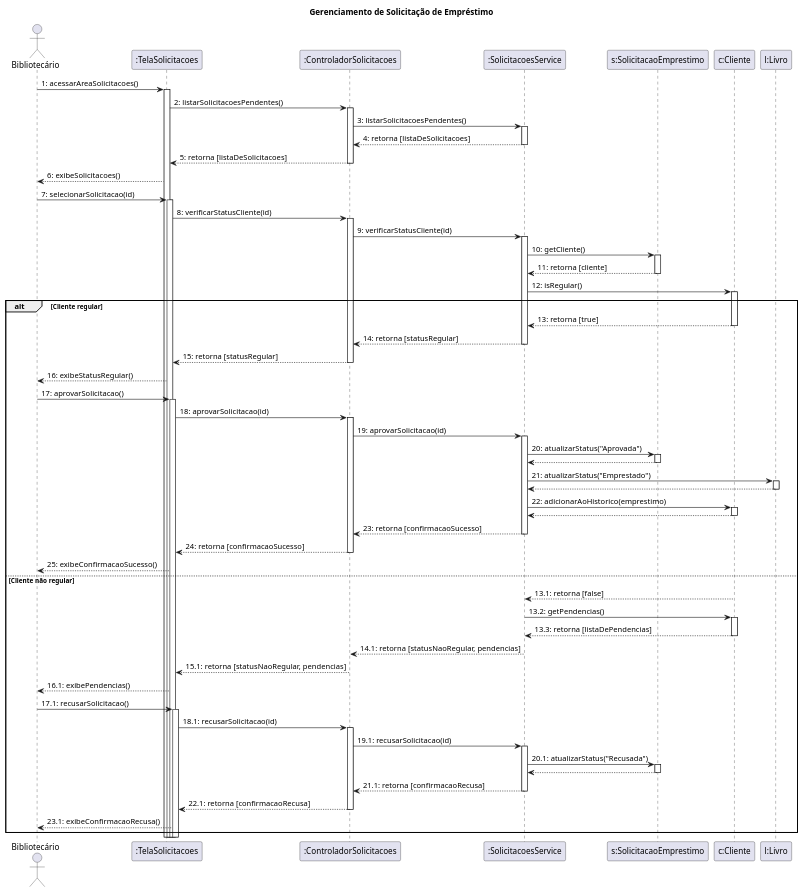
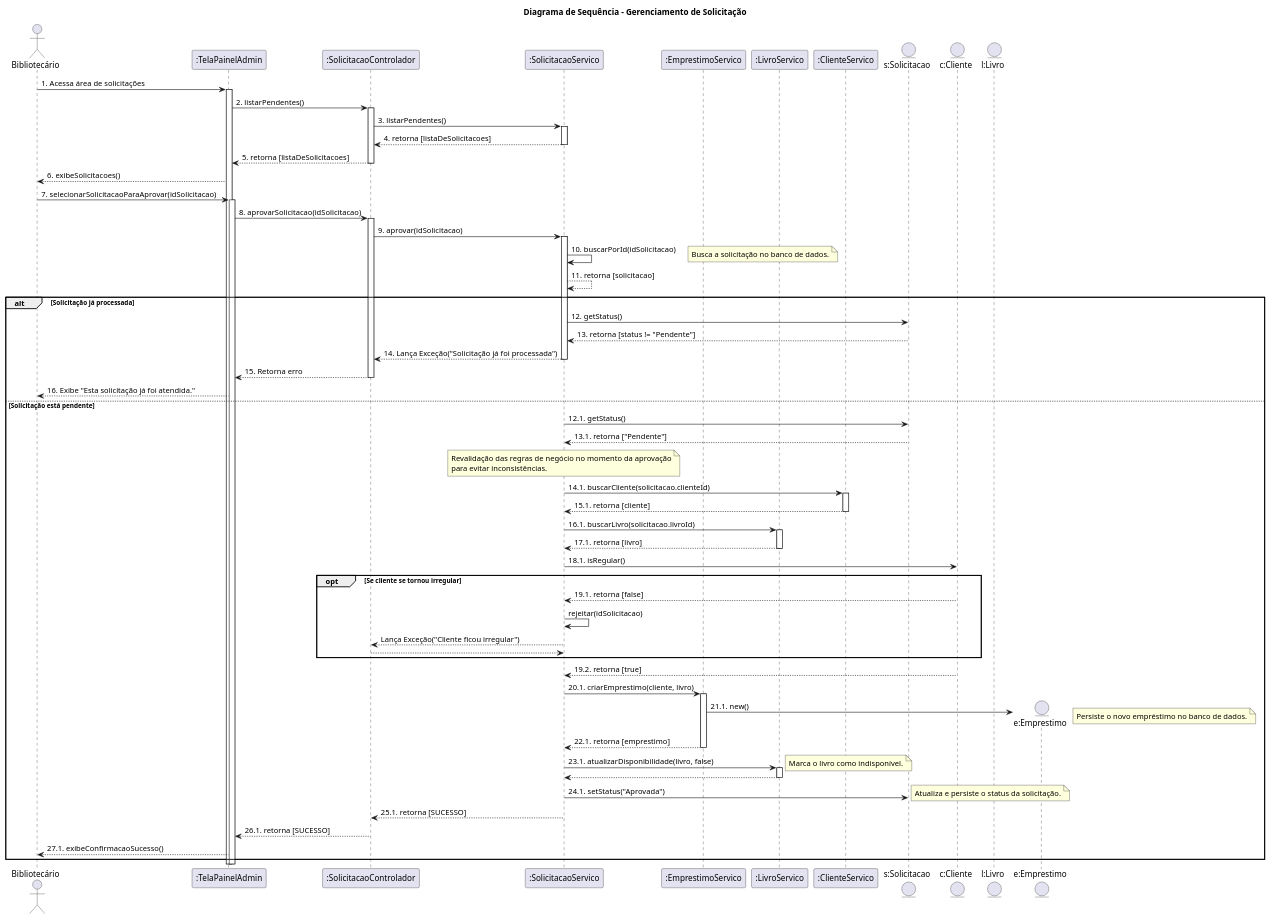
Before and after one commit to felipehidequel/aps-biblioteca: the diagram in sequencia/gerenciar_solicitacoes.iuml, drawn with PlantUML. The commit also changed 3 other files, not shown here.

Commit message:
docs: update diagrams

```diff
--- a/sequencia/gerenciar_solicitacoes.iuml
+++ b/sequencia/gerenciar_solicitacoes.iuml
@@ -1,69 +1,83 @@
 @startuml
-' Definição de título e participantes
-title Gerenciamento de Solicitação de Empréstimo
+title Diagrama de Sequência - Gerenciamento de Solicitação
 
 actor Bibliotecário
-participant ":TelaSolicitacoes" as Tela
-participant ":ControladorSolicitacoes" as Controlador
-participant ":SolicitacoesService" as Service
-participant "s:SolicitacaoEmprestimo" as Solicitacao
-participant "c:Cliente" as Cliente
-participant "l:Livro" as Livro
+participant ":TelaPainelAdmin" as Tela
+participant ":SolicitacaoControlador" as Controlador
+participant ":SolicitacaoServico" as SolicitacaoSvc
+participant ":EmprestimoServico" as EmprestimoSvc
+participant ":LivroServico" as LivroSvc
+participant ":ClienteServico" as ClienteSvc
+entity "s:Solicitacao" as SolicitacaoEnt
+entity "c:Cliente" as ClienteEnt
+entity "l:Livro" as LivroEnt
+entity "e:Emprestimo" as EmprestimoEnt
 
 ' Início da sequência
-Bibliotecário -> Tela ++ : 1: acessarAreaSolicitacoes()
-Tela -> Controlador ++ : 2: listarSolicitacoesPendentes()
-Controlador -> Service ++ : 3: listarSolicitacoesPendentes()
-Service --> Controlador -- : 4: retorna [listaDeSolicitacoes]
-Controlador --> Tela -- : 5: retorna [listaDeSolicitacoes]
-Tela --> Bibliotecário : 6: exibeSolicitacoes()
+Bibliotecário -> Tela ++ : 1. Acessa área de solicitações
+Tela -> Controlador ++ : 2. listarPendentes()
+Controlador -> SolicitacaoSvc ++ : 3. listarPendentes()
+SolicitacaoSvc --> Controlador -- : 4. retorna [listaDeSolicitacoes]
+Controlador --> Tela -- : 5. retorna [listaDeSolicitacoes]
+Tela --> Bibliotecário : 6. exibeSolicitacoes()
 
-Bibliotecário -> Tela ++ : 7: selecionarSolicitacao(id)
-Tela -> Controlador ++ : 8: verificarStatusCliente(id)
-Controlador -> Service ++ : 9: verificarStatusCliente(id)
-Service -> Solicitacao ++ : 10: getCliente()
-Solicitacao --> Service -- : 11: retorna [cliente]
-Service -> Cliente ++ : 12: isRegular()
+Bibliotecário -> Tela ++ : 7. selecionarSolicitacaoParaAprovar(idSolicitacao)
+Tela -> Controlador ++ : 8. aprovarSolicitacao(idSolicitacao)
+Controlador -> SolicitacaoSvc ++ : 9. aprovar(idSolicitacao)
 
-' Bloco de fluxo alternativo (alt/else)
-alt Cliente regular
-    Cliente --> Service -- : 13: retorna [true]
-    Service --> Controlador -- : 14: retorna [statusRegular]
-    Controlador --> Tela -- : 15: retorna [statusRegular]
-    Tela --> Bibliotecário : 16: exibeStatusRegular()
+' Passo 1: O Serviço busca a entidade principal
+SolicitacaoSvc -> SolicitacaoSvc : 10. buscarPorId(idSolicitacao)
+note right: Busca a solicitação no banco de dados.
+SolicitacaoSvc --> SolicitacaoSvc : 11. retorna [solicitacao]
+
+' Passo 2: Validações de segurança e estado
+alt Solicitação já processada
+    SolicitacaoSvc -> SolicitacaoEnt : 12. getStatus()
+    SolicitacaoEnt --> SolicitacaoSvc -- : 13. retorna [status != "Pendente"]
+    SolicitacaoSvc --> Controlador -- : 14. Lança Exceção("Solicitação já foi processada")
+    Controlador --> Tela -- : 15. Retorna erro
+    Tela --> Bibliotecário : 16. Exibe "Esta solicitação já foi atendida."
+else Solicitação está pendente
+    SolicitacaoSvc -> SolicitacaoEnt : 12.1. getStatus()
+    SolicitacaoEnt --> SolicitacaoSvc -- : 13.1. retorna ["Pendente"]
+
+    note over SolicitacaoSvc
+    Revalidação das regras de negócio no momento da aprovação
+    para evitar inconsistências.
+    end note
+
+    ' Revalidação 2.1: Busca entidades relacionadas
+    SolicitacaoSvc -> ClienteSvc ++: 14.1. buscarCliente(solicitacao.clienteId)
+    ClienteSvc --> SolicitacaoSvc --: 15.1. retorna [cliente]
+    SolicitacaoSvc -> LivroSvc ++: 16.1. buscarLivro(solicitacao.livroId)
+    LivroSvc --> SolicitacaoSvc --: 17.1. retorna [livro]
     
-    Bibliotecário -> Tela ++ : 17: aprovarSolicitacao()
-    Tela -> Controlador ++ : 18: aprovarSolicitacao(id)
-    Controlador -> Service ++ : 19: aprovarSolicitacao(id)
+    ' Revalidação 2.2: Verifica novamente a situação do cliente
+    SolicitacaoSvc -> ClienteEnt : 18.1. isRegular()
+    opt Se cliente se tornou irregular
+         ClienteEnt --> SolicitacaoSvc -- : 19.1. retorna [false]
+         SolicitacaoSvc -> SolicitacaoSvc : rejeitar(idSolicitacao) 
+         SolicitacaoSvc --> Controlador --: Lança Exceção("Cliente ficou irregular")
+         return
+    end
+    ClienteEnt --> SolicitacaoSvc -- : 19.2. retorna [true]
+
+    ' Passo 3: Executa as ações de negócio (orquestração)
+    SolicitacaoSvc -> EmprestimoSvc ++ : 20.1. criarEmprestimo(cliente, livro)
+    create EmprestimoEnt
+    EmprestimoSvc -> EmprestimoEnt : 21.1. new()
+    note right: Persiste o novo empréstimo no banco de dados.
+    EmprestimoSvc --> SolicitacaoSvc -- : 22.1. retorna [emprestimo]
     
-    Service -> Solicitacao ++ : 20: atualizarStatus("Aprovada")
-    Solicitacao --> Service --
-    Service -> Livro ++ : 21: atualizarStatus("Emprestado")
-    Livro --> Service --
-    Service -> Cliente ++ : 22: adicionarAoHistorico(emprestimo)
-    Cliente --> Service --
-
-    Service --> Controlador -- : 23: retorna [confirmacaoSucesso]
-    Controlador --> Tela -- : 24: retorna [confirmacaoSucesso]
-    Tela --> Bibliotecário : 25: exibeConfirmacaoSucesso()
-
-else Cliente não regular
-    Cliente --> Service -- : 13.1: retorna [false]
-    Service -> Cliente ++ : 13.2: getPendencias()
-    Cliente --> Service -- : 13.3: retorna [listaDePendencias]
-    Service --> Controlador -- : 14.1: retorna [statusNaoRegular, pendencias]
-    Controlador --> Tela -- : 15.1: retorna [statusNaoRegular, pendencias]
-    Tela --> Bibliotecário : 16.1: exibePendencias()
-
-    Bibliotecário -> Tela ++ : 17.1: recusarSolicitacao()
-    Tela -> Controlador ++ : 18.1: recusarSolicitacao(id)
-    Controlador -> Service ++ : 19.1: recusarSolicitacao(id)
-    Service -> Solicitacao ++ : 20.1: atualizarStatus("Recusada")
-    Solicitacao --> Service --
+    SolicitacaoSvc -> LivroSvc ++ : 23.1. atualizarDisponibilidade(livro, false)
+    note right: Marca o livro como indisponível.
+    LivroSvc --> SolicitacaoSvc --
     
-    Service --> Controlador -- : 21.1: retorna [confirmacaoRecusa]
-    Controlador --> Tela -- : 22.1: retorna [confirmacaoRecusa]
-    Tela --> Bibliotecário : 23.1: exibeConfirmacaoRecusa()
+    SolicitacaoSvc -> SolicitacaoEnt : 24.1. setStatus("Aprovada")
+    note right: Atualiza e persiste o status da solicitação.
+    
+    SolicitacaoSvc --> Controlador -- : 25.1. retorna [SUCESSO]
+    Controlador --> Tela -- : 26.1. retorna [SUCESSO]
+    Tela --> Bibliotecário : 27.1. exibeConfirmacaoSucesso()
 end
-
 @enduml
```
